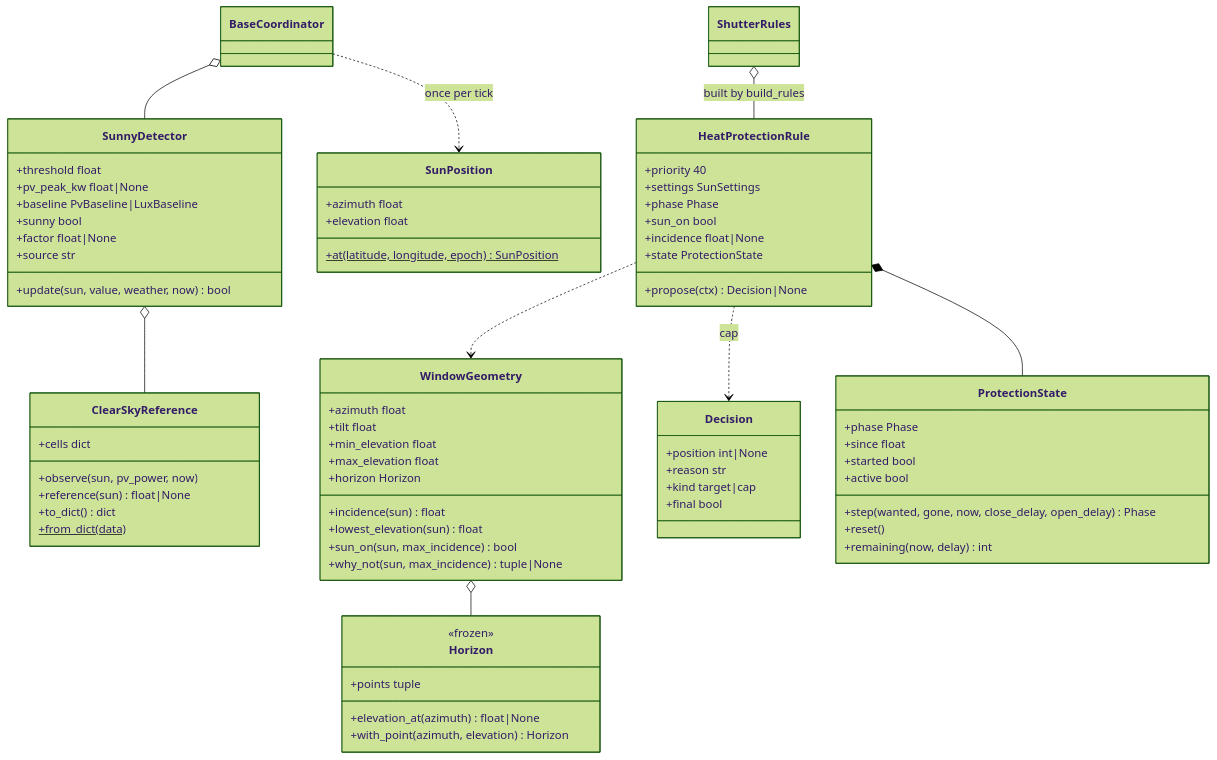
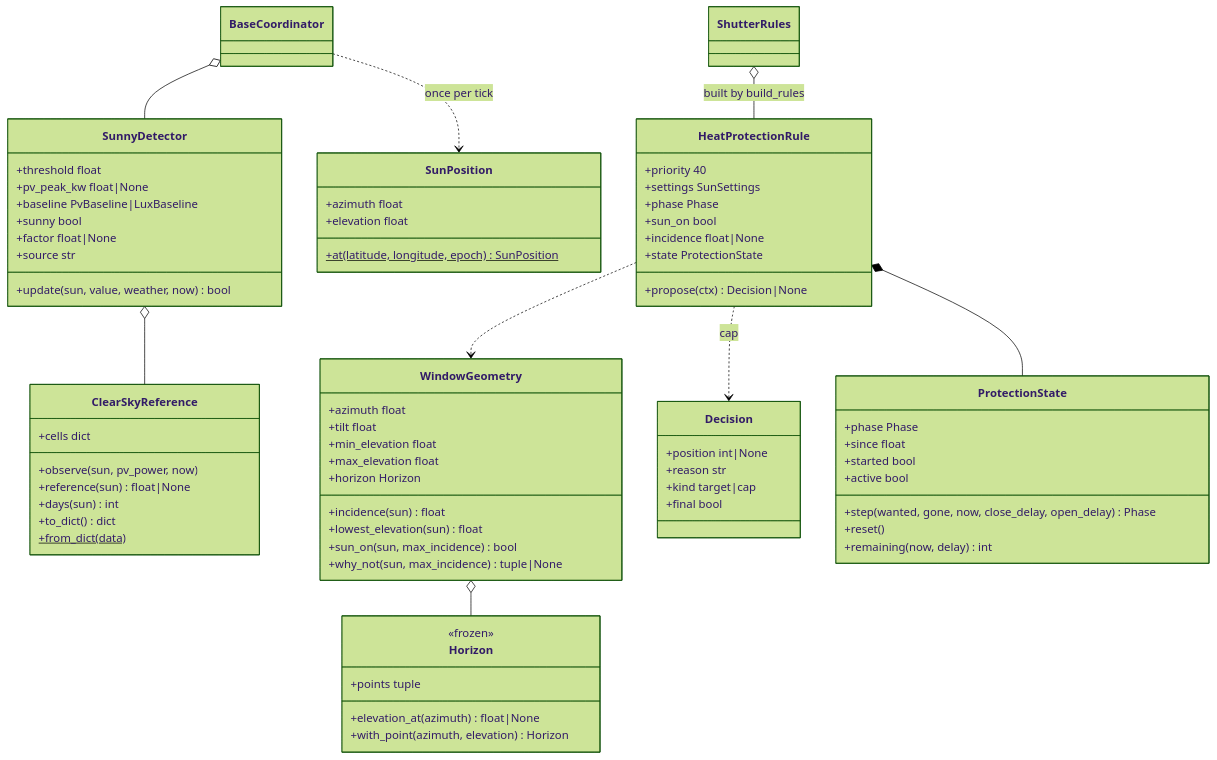
Before and after one commit to abroeders/smart-shutter-control: diagram 11 of 47 in docs/architecture.md, drawn with Mermaid (forest theme). The commit also changed other lines of this file and 18 other files, not shown here.

````diff
--- a/docs/architecture.md
+++ b/docs/architecture.md
@@ -441,74 +441,75 @@
 ```mermaid
 classDiagram
     direction TB
     class SunPosition {
         +azimuth float
         +elevation float
         +at(latitude, longitude, epoch)$ SunPosition
     }
     class WindowGeometry {
         +azimuth float
         +tilt float
         +min_elevation float
         +max_elevation float
         +horizon Horizon
         +incidence(sun) float
         +lowest_elevation(sun) float
         +sun_on(sun, max_incidence) bool
         +why_not(sun, max_incidence) tuple|None
     }
     class Horizon {
         <<frozen>>
         +points tuple
         +elevation_at(azimuth) float|None
         +with_point(azimuth, elevation) Horizon
     }
     WindowGeometry o-- Horizon
     class ClearSkyReference {
         +cells dict
         +observe(sun, pv_power, now)
         +reference(sun) float|None
+        +days(sun) int
         +to_dict() dict
         +from_dict(data)$
     }
     class SunnyDetector {
         +threshold float
         +pv_peak_kw float|None
         +baseline PvBaseline|LuxBaseline
         +sunny bool
         +factor float|None
         +source str
         +update(sun, value, weather, now) bool
     }
     class HeatProtectionRule {
         +priority 40
         +settings SunSettings
         +phase Phase
         +sun_on bool
         +incidence float|None
         +state ProtectionState
         +propose(ctx) Decision|None
     }
     class ProtectionState {
         +phase Phase
         +since float
         +started bool
         +active bool
         +step(wanted, gone, now, close_delay, open_delay) Phase
         +reset()
         +remaining(now, delay) int
     }
     class Decision {
         +position int|None
         +reason str
         +kind target|cap
         +final bool
     }
     SunnyDetector o-- ClearSkyReference
     HeatProtectionRule ..> WindowGeometry
     HeatProtectionRule ..> Decision : cap
     HeatProtectionRule *-- ProtectionState
     BaseCoordinator o-- SunnyDetector
     BaseCoordinator ..> SunPosition : once per tick
     ShutterRules o-- HeatProtectionRule : built by build_rules
 ```
````
